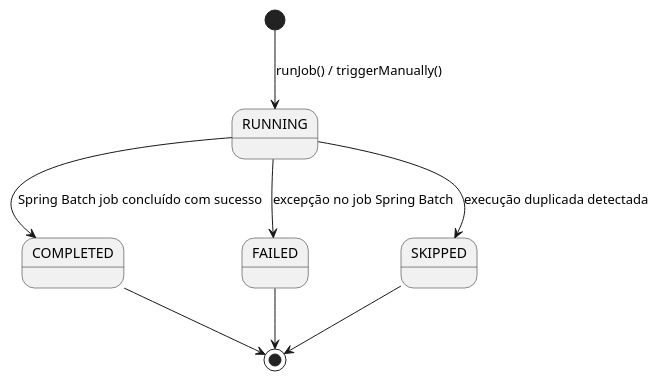
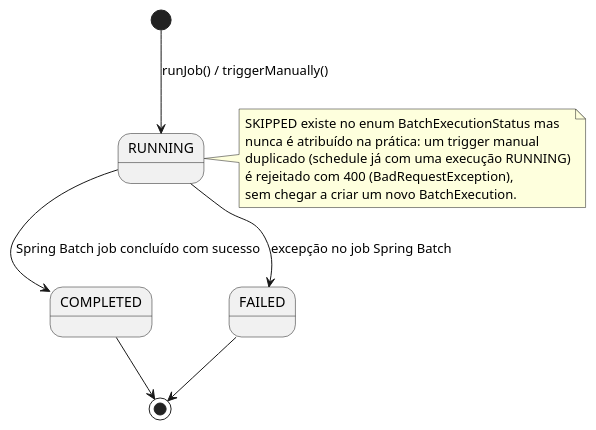
Diagram 17 of 17 in docs/technical-documentation.md (paulo-uab/salesPrevision), drawn with PlantUML before and after one commit. The commit also changed other lines of this file and 48 other files, not shown here.

````diff
--- a/docs/technical-documentation.md
+++ b/docs/technical-documentation.md
@@ -1147,11 +1426,16 @@
 ```plantuml
 @startuml batch-states
 [*] --> RUNNING : runJob() / triggerManually()
 RUNNING --> COMPLETED : Spring Batch job concluído com sucesso
 RUNNING --> FAILED : excepção no job Spring Batch
-RUNNING --> SKIPPED : execução duplicada detectada
 COMPLETED --> [*]
 FAILED --> [*]
-SKIPPED --> [*]
+note right of RUNNING
+  SKIPPED existe no enum BatchExecutionStatus mas
+  nunca é atribuído na prática: um trigger manual
+  duplicado (schedule já com uma execução RUNNING)
+  é rejeitado com 400 (BadRequestException),
+  sem chegar a criar um novo BatchExecution.
+end note
 @enduml
 ```
````
